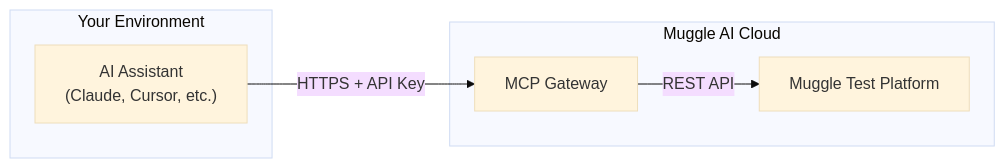
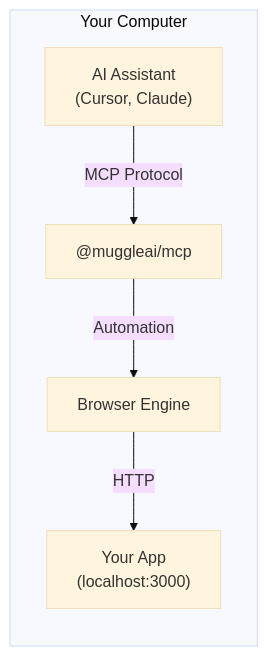
One commit to multiplex-ai/muggle-ai-docs changed the first of 2 diagrams in mcp/overview.md. Above: the diagram before and after it, drawn with Mermaid (base theme). The commit also changed other lines of this file and 9 other files, not shown here.

````diff
--- a/mcp/overview.md
+++ b/mcp/overview.md
@@ -36,14 +38,13 @@
 ```mermaid
 flowchart LR
-    subgraph env["Your Environment"]
-        A["AI Assistant<br/>(Claude, Cursor, etc.)"]
+    subgraph dev["Your Computer"]
+        A["AI Assistant<br/>(Cursor, Claude)"]
+        B["@muggleai/mcp"]
+        C["Browser Engine"]
+        D["Your App<br/>(localhost:3000)"]
+        
+        A -->|"MCP Protocol"| B
+        B -->|"Automation"| C
+        C -->|"HTTP"| D
     end
-    
-    subgraph cloud["Muggle AI Cloud"]
-        B[MCP Gateway]
-        C[Muggle Test Platform]
-    end
-    
-    A -->|"HTTPS + API Key"| B
-    B -->|REST API| C
 ```
````
